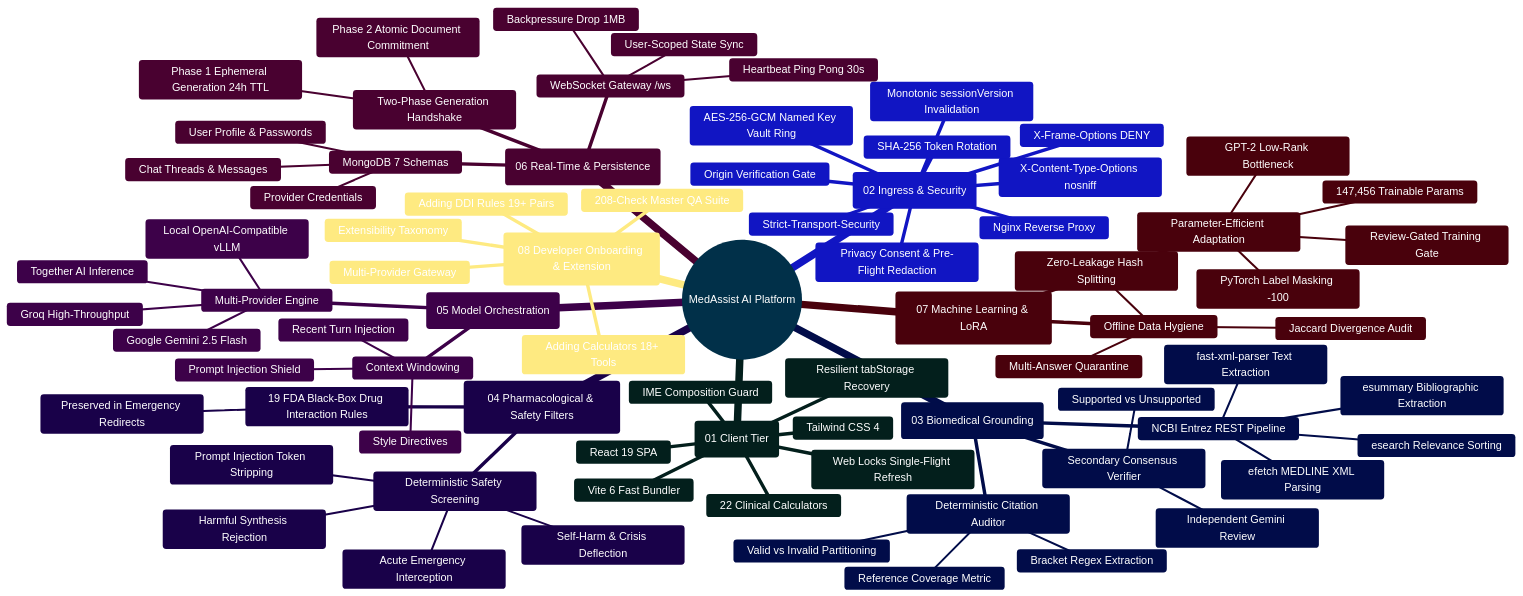
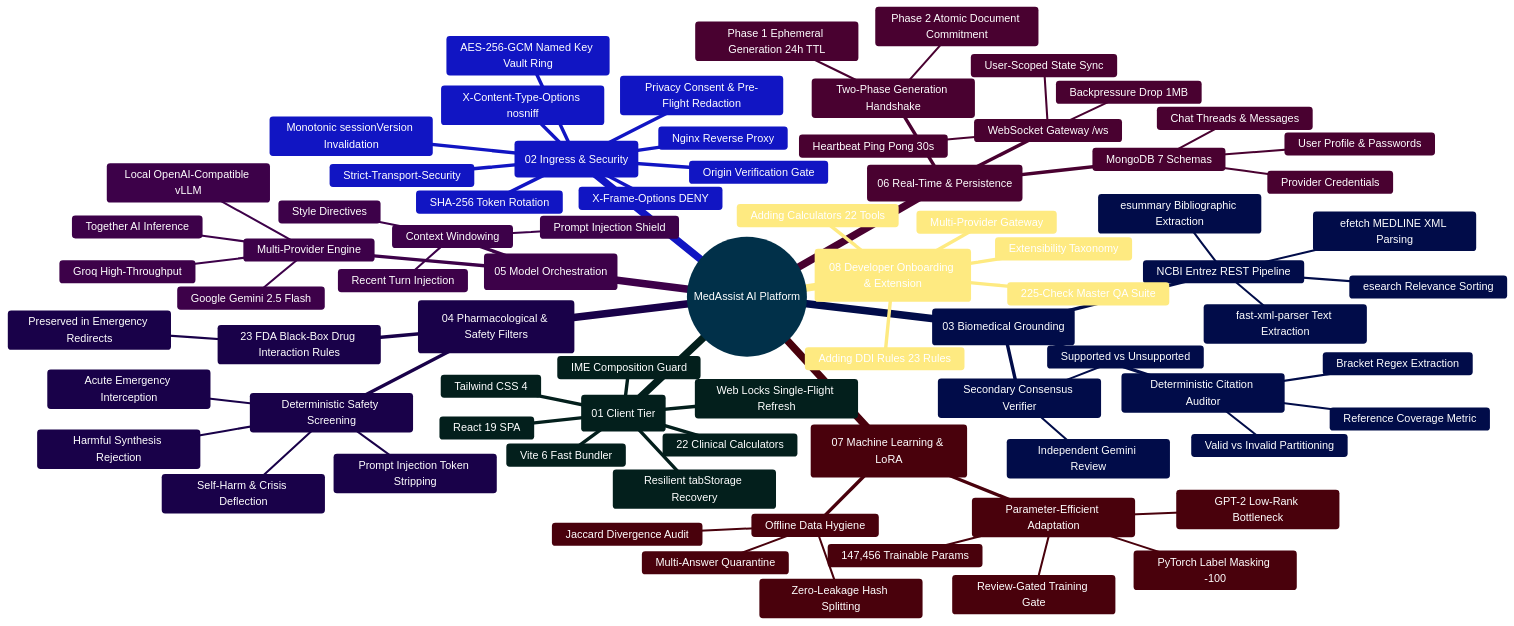
Before and after one commit to Ganesh172919/React-App-LLM: the first of 2 diagrams in docs/README.md, drawn with Mermaid. The commit also changed other lines of this file and 39 other files, not shown here.

````diff
--- a/docs/README.md
+++ b/docs/README.md
@@ -139,7 +139,7 @@
         Acute Emergency Interception
         Harmful Synthesis Rejection
         Prompt Injection Token Stripping
-      19 FDA Black-Box Drug Interaction Rules
+      23 FDA Black-Box Drug Interaction Rules
         Preserved in Emergency Redirects
     (05 Model Orchestration)
       Multi-Provider Engine
@@ -175,8 +175,8 @@
         Review-Gated Training Gate
     (08 Developer Onboarding & Extension)
       Extensibility Taxonomy
-      Adding DDI Rules 19+ Pairs
-      Adding Calculators 18+ Tools
+      Adding DDI Rules 23 Rules
+      Adding Calculators 22 Tools
       Multi-Provider Gateway
-      208-Check Master QA Suite
+      225-Check Master QA Suite
 ```
````
